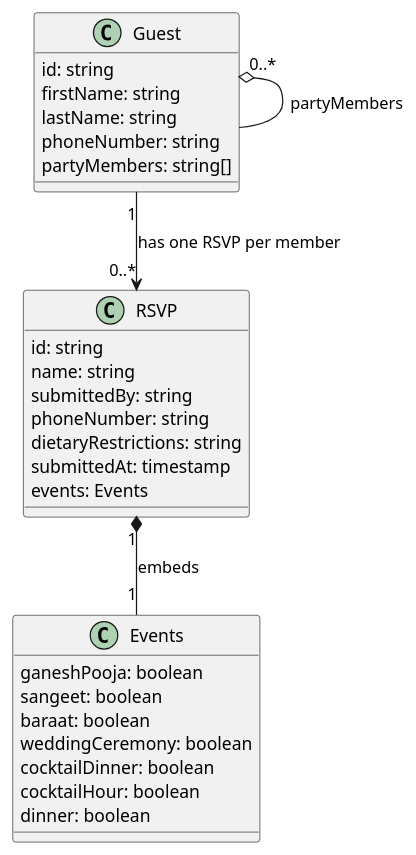
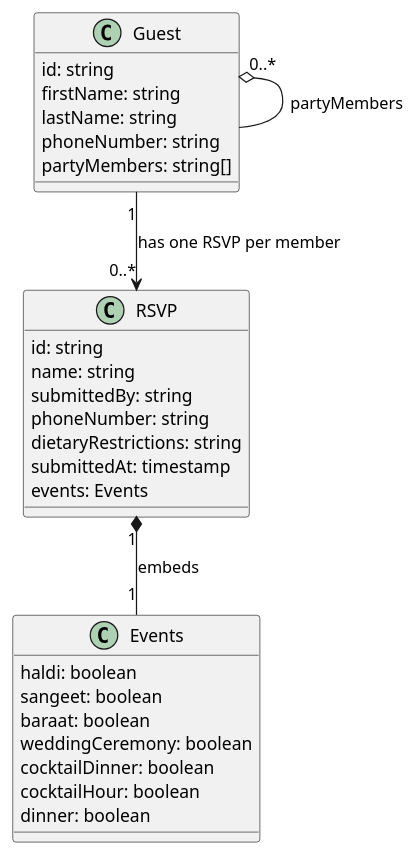
Before and after one commit to Shanav12/Salwan-Bagga-Wedding: the diagram in docs/rsvp-data-model.md, drawn with PlantUML. The commit also changed other lines of this file and 16 other files, not shown here.

````diff
--- a/docs/rsvp-data-model.md
+++ b/docs/rsvp-data-model.md
@@ -5,37 +5,37 @@
 ```plantuml
 @startuml
 
 class Guest {
   id: string
   firstName: string
   lastName: string
   phoneNumber: string
   partyMembers: string[]
 }
 
 class RSVP {
   id: string
   name: string
   submittedBy: string
   phoneNumber: string
   dietaryRestrictions: string
   submittedAt: timestamp
   events: Events
 }
 
 class Events {
-  ganeshPooja: boolean
+  haldi: boolean
   sangeet: boolean
   baraat: boolean
   weddingCeremony: boolean
   cocktailDinner: boolean
   cocktailHour: boolean
   dinner: boolean
 }
 
 Guest "1" --> "0..*" RSVP : has one RSVP per member
 Guest "0..*" o-- Guest : partyMembers
 RSVP "1" *-- "1" Events : embeds
 
 @enduml
 ```
````
